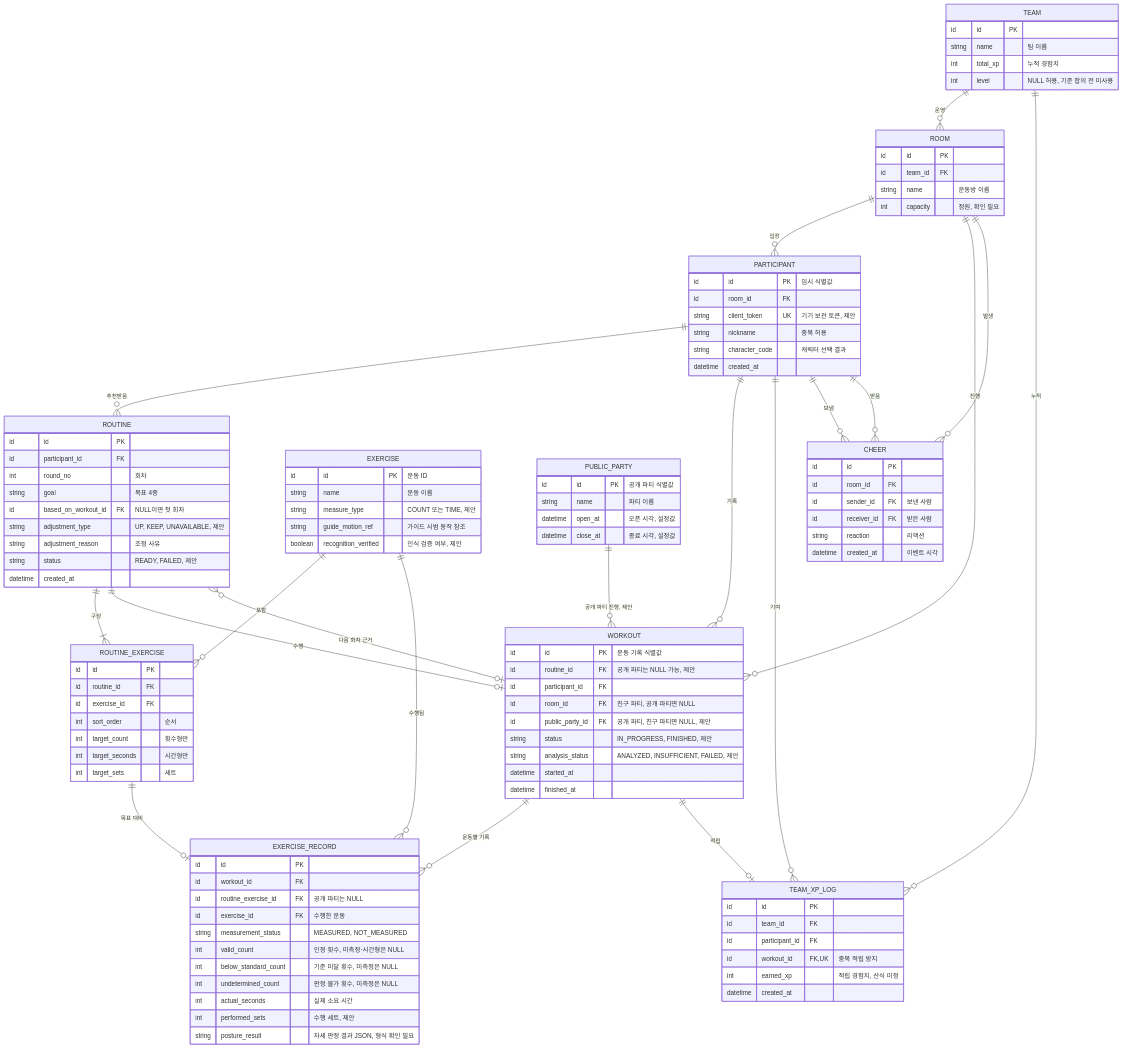
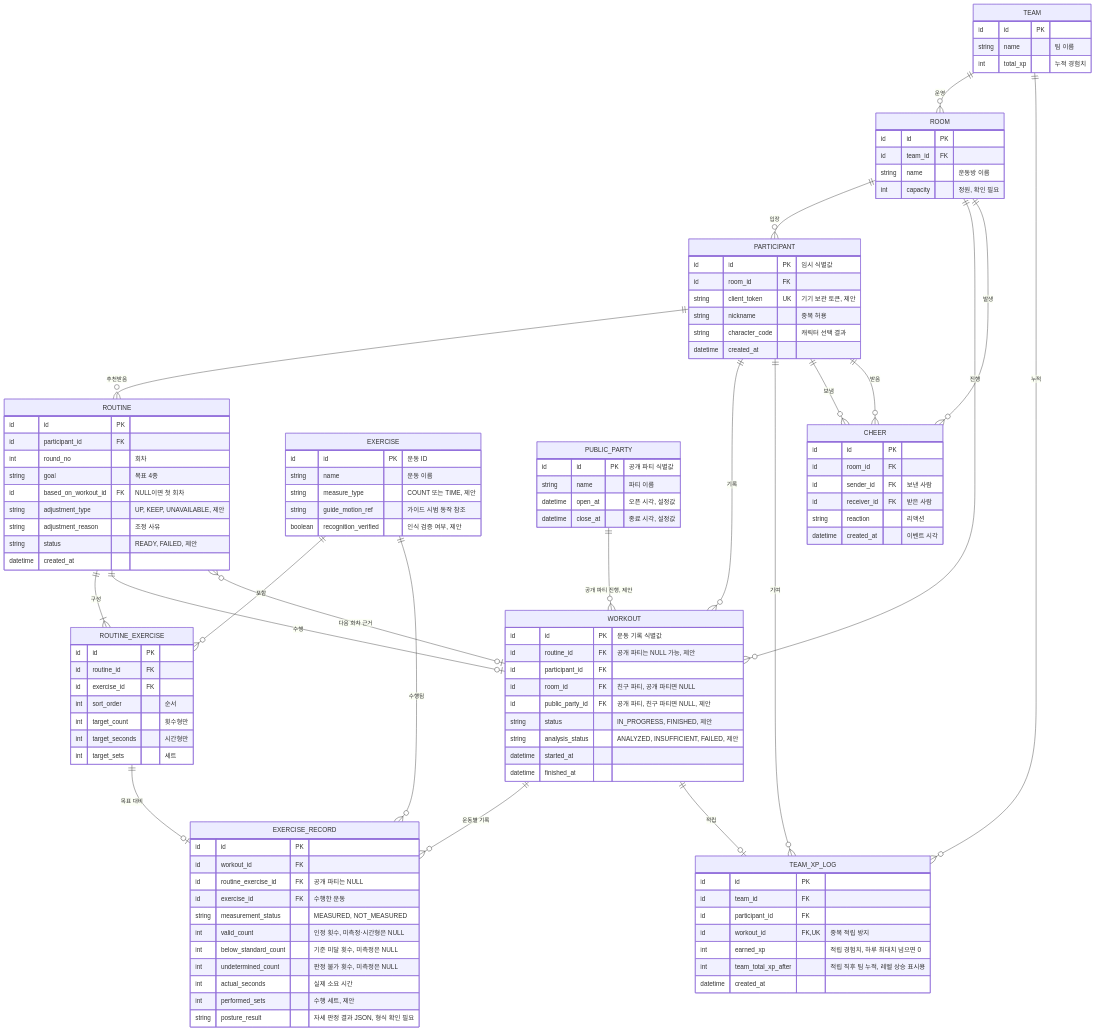
The diagram in docs/ERD.md (20thTeam/fitmate-be), drawn with Mermaid before and after one commit. The commit also changed other lines of this file, not shown here.

Commit message:
[Docs/#8] Docs: ERD에 경험치 산식과 레벨 계산 방식 반영

```diff
--- a/docs/ERD.md
+++ b/docs/ERD.md
@@ -28,7 +28,6 @@
         id id PK
         string name "팀 이름"
         int total_xp "누적 경험치"
-        int level "NULL 허용, 기준 합의 전 미사용"
     }
     ROOM {
         id id PK
@@ -106,7 +105,8 @@
         id team_id FK
         id participant_id FK
         id workout_id FK,UK "중복 적립 방지"
-        int earned_xp "적립 경험치, 산식 미정"
+        int earned_xp "적립 경험치, 하루 최대치 넘으면 0"
+        int team_total_xp_after "적립 직후 팀 누적, 레벨 상승 표시용"
         datetime created_at
     }
     CHEER {
```
